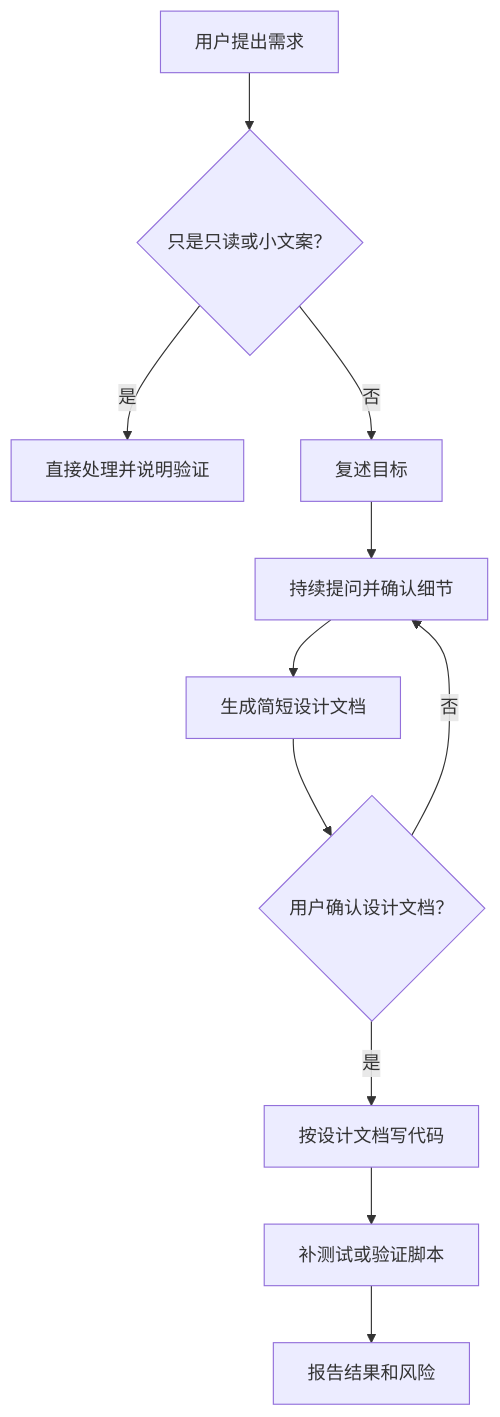
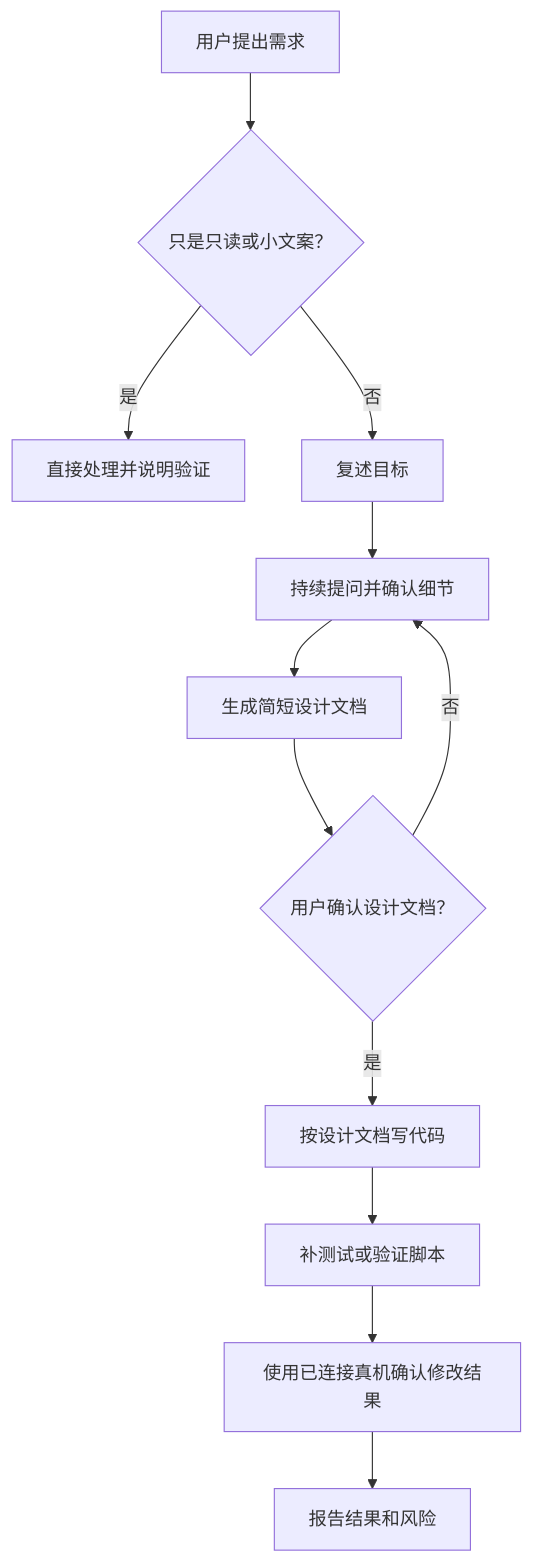
Before and after one commit to TLINKBY/code: the diagram in AGENTS.md, drawn with Mermaid. The commit also changed other lines of this file and 19 other files, not shown here.

````diff
--- a/AGENTS.md
+++ b/AGENTS.md
@@ -27,13 +27,14 @@
 ```mermaid
 flowchart TD
     A["用户提出需求"] --> B{"只是只读或小文案？"}
     B -->|是| C["直接处理并说明验证"]
     B -->|否| D["复述目标"]
     D --> E["持续提问并确认细节"]
     E --> F["生成简短设计文档"]
     F --> G{"用户确认设计文档？"}
     G -->|否| E
     G -->|是| H["按设计文档写代码"]
     H --> I["补测试或验证脚本"]
-    I --> J["报告结果和风险"]
+    I --> J["使用已连接真机确认修改结果"]
+    J --> K["报告结果和风险"]
 ```
````
